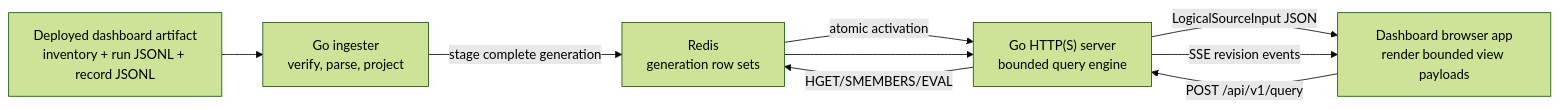
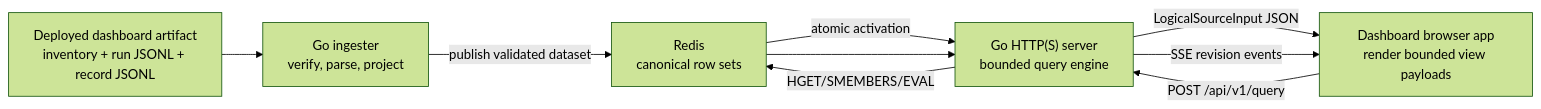
The first of 2 diagrams in server/README.md (githubnext/gh-aw-cao), drawn with Mermaid (forest theme) before and after one commit. The commit also changed other lines of this file and 62 other files, not shown here.

````diff
--- a/server/README.md
+++ b/server/README.md
@@ -185,17 +185,17 @@
 ```mermaid
 flowchart LR
   Artifact["Deployed dashboard artifact<br/>inventory + run JSONL + record JSONL"]
   Ingest["Go ingester<br/>verify, parse, project"]
-  Redis["Redis<br/>generation row sets"]
+  Redis["Redis<br/>canonical row sets"]
   API["Go HTTP(S) server<br/>bounded query engine"]
   Browser["Dashboard browser app<br/>render bounded view payloads"]
 
   Artifact --> Ingest
-  Ingest -->|"stage complete generation"| Redis
+  Ingest -->|"publish validated dataset"| Redis
   Redis -->|"atomic activation"| API
   Browser -->|"POST /api/v1/query"| API
   API -->|"HGET/SMEMBERS/EVAL"| Redis
   Redis --> API
   API -->|"LogicalSourceInput JSON"| Browser
   API -->|"SSE revision events"| Browser
 ```
````
